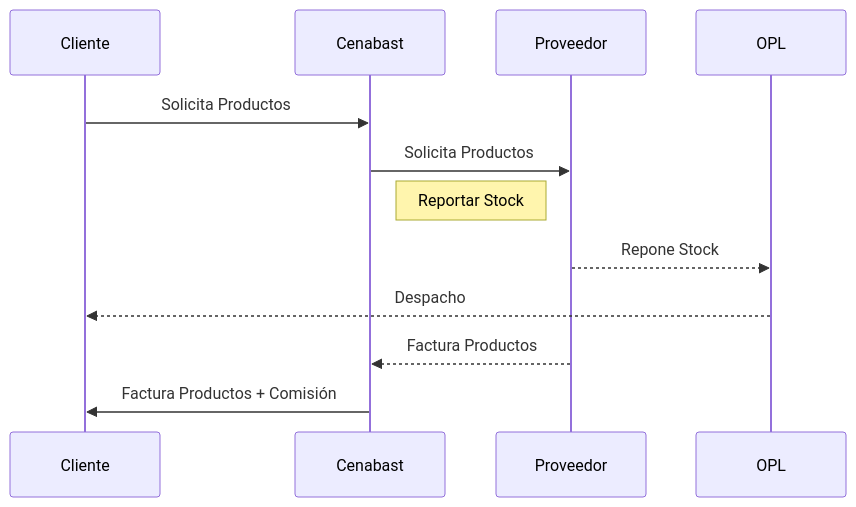
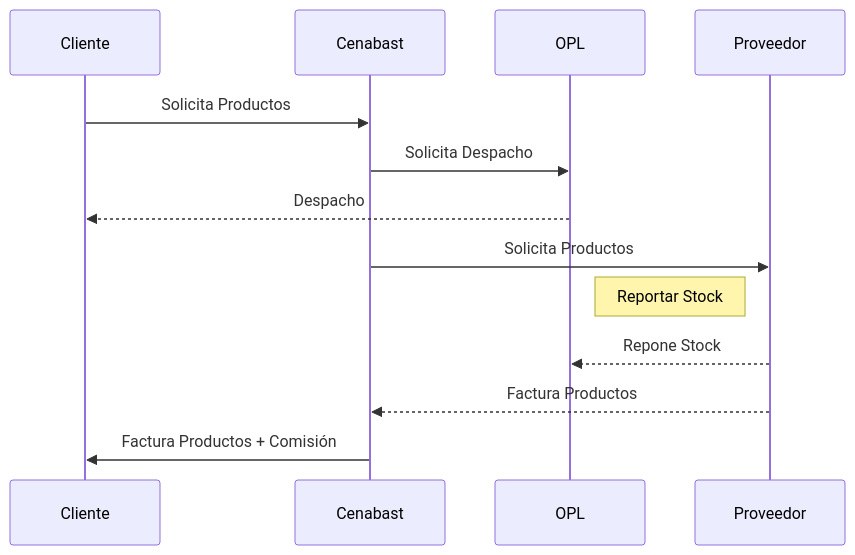
The diagram in business/centros/6000.md (patagon-dev/tienda-docs), drawn with Mermaid before and after one commit. The commit also changed other lines of this file, not shown here.

Commit message:
docs: update business/centros/6000

````diff
--- a/business/centros/6000.md
+++ b/business/centros/6000.md
@@ -19,10 +19,12 @@
 ```mermaid
 sequenceDiagram
     Cliente ->> Cenabast: Solicita Productos
+    Cenabast->>OPL: Solicita Despacho
+    OPL-->> Cliente: Despacho
     Cenabast->>Proveedor: Solicita Productos
 		Note left of Proveedor: Reportar Stock
     Proveedor -->> OPL: Repone Stock
-    OPL-->> Cliente: Despacho
+   
     Proveedor-->> Cenabast: Factura Productos
     Cenabast->> Cliente: Factura Productos + Comisión
 ```
````
